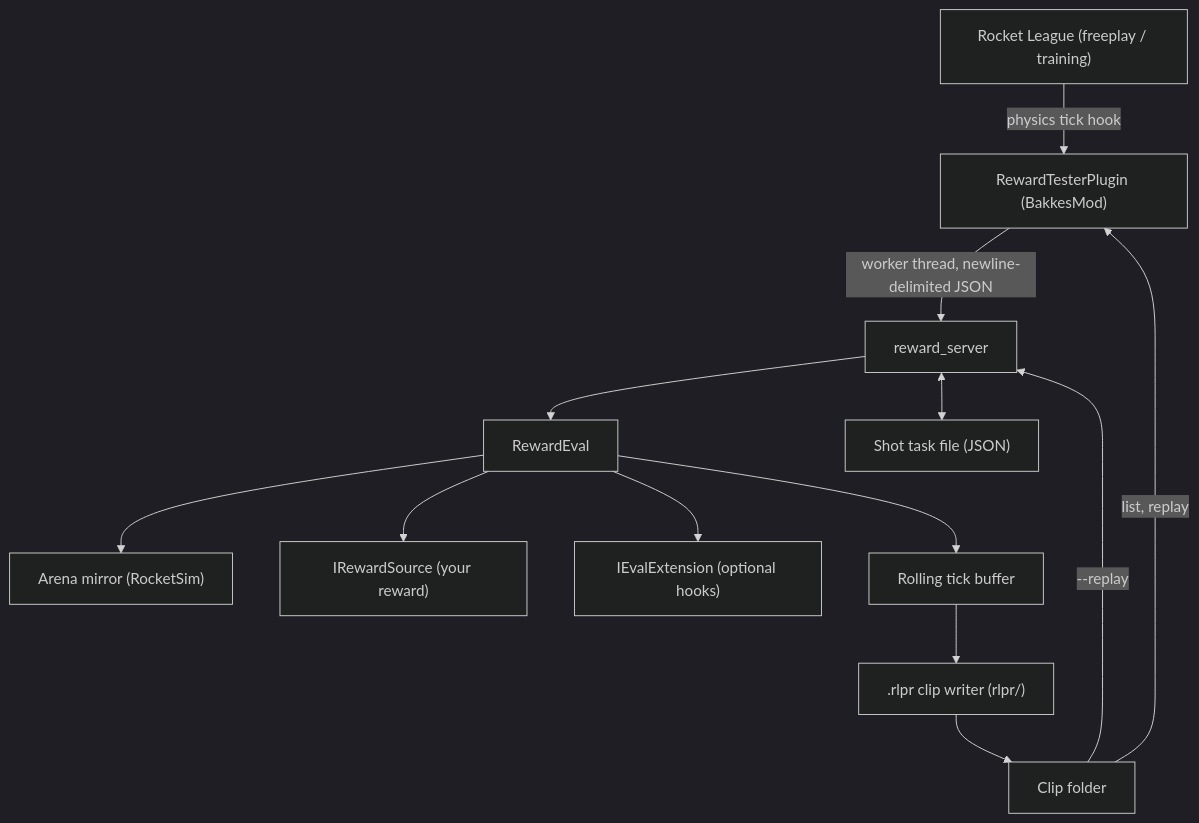
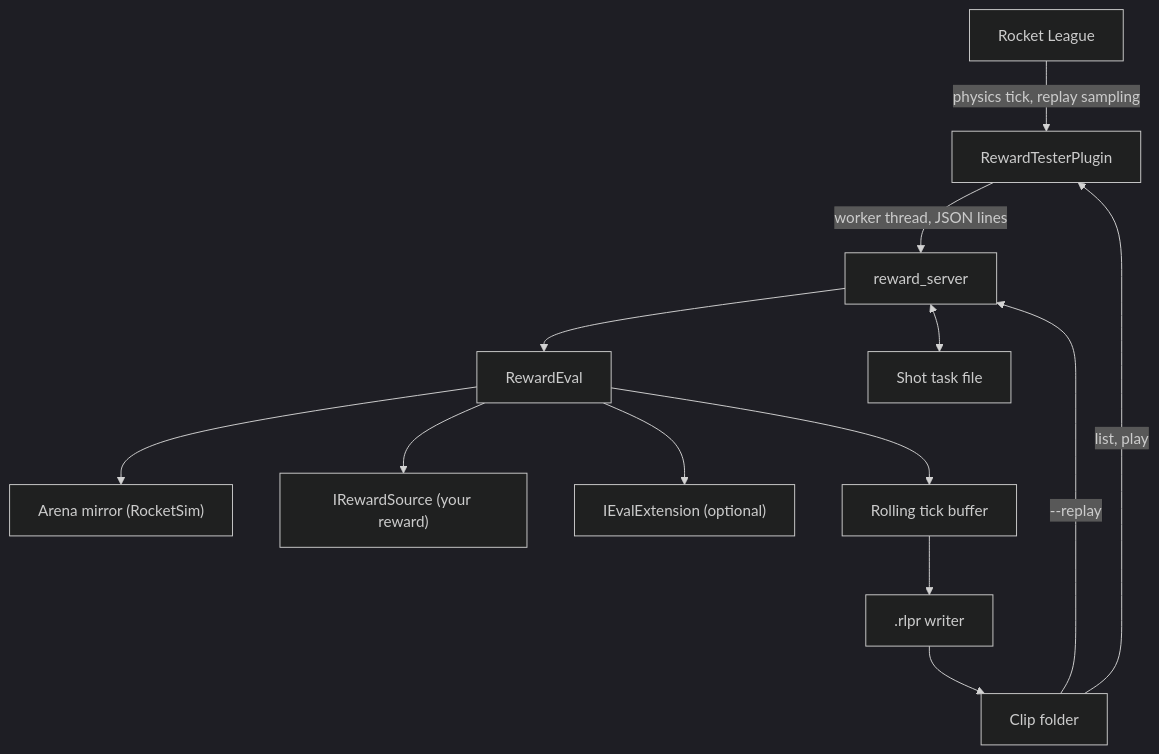
The diagram in docs/ARCHITECTURE.md (HappyBavarian07/RewardServer), drawn with Mermaid (dark theme) before and after one commit. The commit also changed other lines of this file and 11 other files, not shown here.

Commit message:
fix(plugin): bot spawn guard and cached clip tree during playback, replay diagnostics; shrink docs

````diff
--- a/docs/ARCHITECTURE.md
+++ b/docs/ARCHITECTURE.md
@@ -7,15 +7,15 @@
 ```mermaid
 graph TD
-    RL["Rocket League (freeplay / training)"] -->|"physics tick hook"| P["RewardTesterPlugin (BakkesMod)"]
-    P -->|"worker thread, newline-delimited JSON"| S["reward_server"]
+    RL["Rocket League"] -->|"physics tick, replay sampling"| P["RewardTesterPlugin"]
+    P -->|"worker thread, JSON lines"| S["reward_server"]
     S --> E["RewardEval"]
     E --> M["Arena mirror (RocketSim)"]
     E --> R["IRewardSource (your reward)"]
-    E --> X["IEvalExtension (optional hooks)"]
+    E --> X["IEvalExtension (optional)"]
     E --> B["Rolling tick buffer"]
-    B --> C[".rlpr clip writer (rlpr/)"]
-    S <--> T["Shot task file (JSON)"]
+    B --> C[".rlpr writer"]
+    S <--> T["Shot task file"]
     C --> D["Clip folder"]
-    D -->|"list, replay"| P
+    D -->|"list, play"| P
     D -->|"--replay"| S
 ```
````
